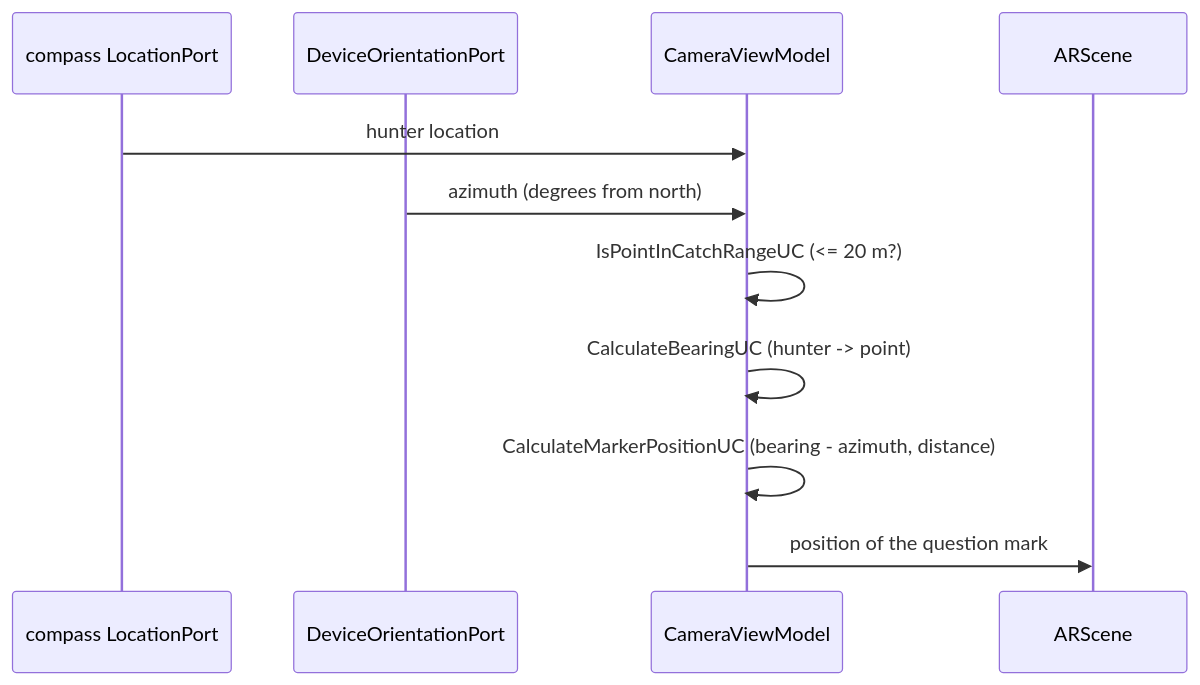
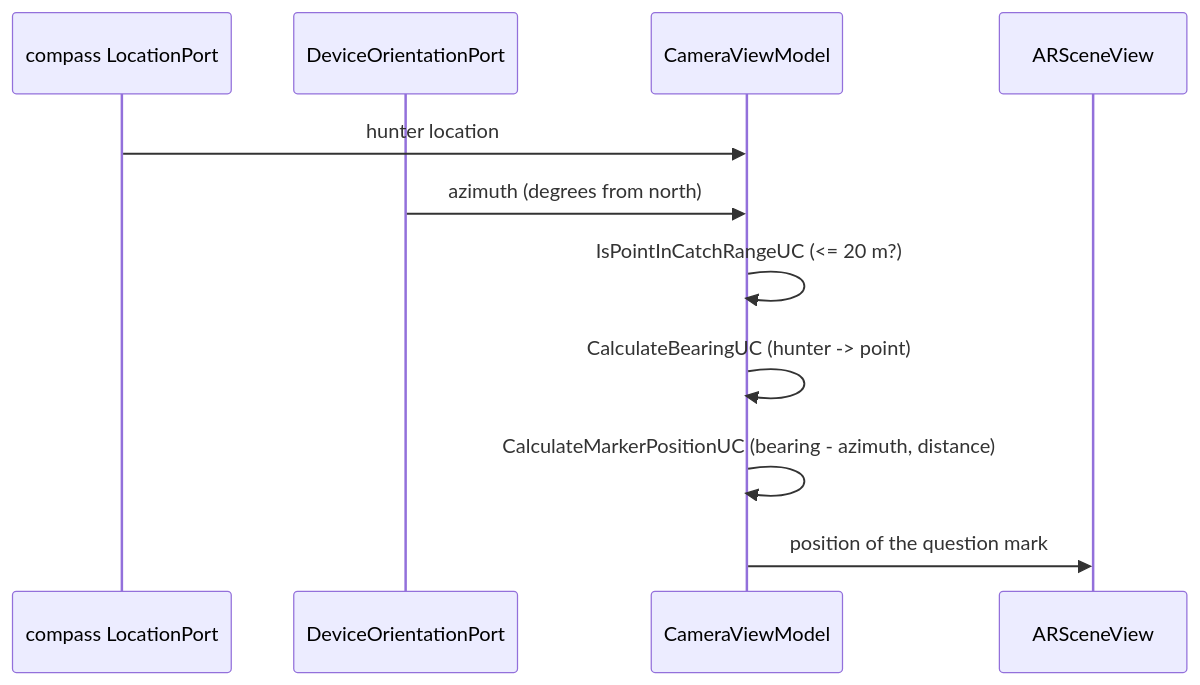
Before and after one commit to mjureczko/mystery-hunters: the third of 3 diagrams in README.md, drawn with Mermaid. The commit also changed other lines of this file, not shown here.

````diff
--- a/README.md
+++ b/README.md
@@ -137,14 +138,14 @@
 ```mermaid
 sequenceDiagram
     participant GPS as compass LocationPort
     participant Sensor as DeviceOrientationPort
     participant VM as CameraViewModel
-    participant AR as ARScene
+    participant AR as ARSceneView
 
     GPS->>VM: hunter location
     Sensor->>VM: azimuth (degrees from north)
     VM->>VM: IsPointInCatchRangeUC (<= 20 m?)
     VM->>VM: CalculateBearingUC (hunter -> point)
     VM->>VM: CalculateMarkerPositionUC (bearing - azimuth, distance)
     VM->>AR: position of the question mark
 ```
````
